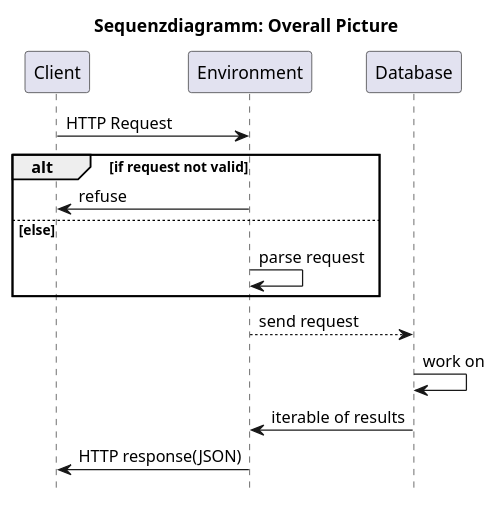
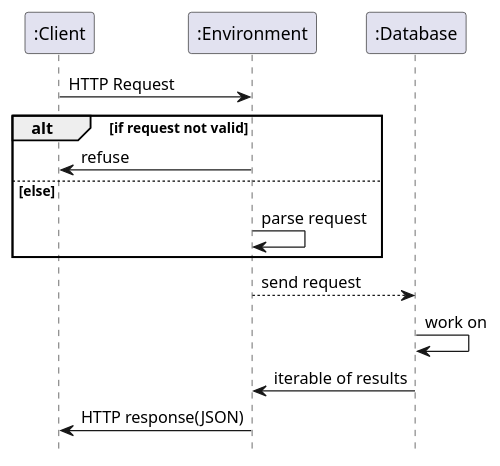
One commit to wagnst/forecast-cassandra changed the diagram in diagrams/sequence/sequence_diagram.puml. Above: the diagram before and after it, drawn with PlantUML. The commit also changed 1 other file, not shown here.

Commit message:
updated sequence diagramm

```diff
--- a/diagrams/sequence/sequence_diagram.puml
+++ b/diagrams/sequence/sequence_diagram.puml
@@ -1,23 +1,23 @@
 @startuml
 
 hide footbox
-title Sequenzdiagramm: Overall Picture
+'title Sequenzdiagramm: Overall Picture
 
-participant Client
-participant Environment
-participant Database
+participant ":Client"
+participant ":Environment"
+participant ":Database"
 
-Client -> Environment: HTTP Request
+":Client" -> ":Environment": HTTP Request
 
 alt if request not valid
-Environment -> Client: refuse
+":Environment" -> ":Client": refuse
 else else
-Environment -> Environment: parse request
+":Environment" -> ":Environment": parse request
 end
 
-Environment --> Database: send request
-Database -> Database: work on
-Database -> Environment: iterable of results
-Environment -> Client: HTTP response(JSON)
+":Environment" --> ":Database": send request
+":Database" -> ":Database": work on
+":Database" -> ":Environment": iterable of results
+":Environment" -> ":Client": HTTP response(JSON)
 
 @enduml
```
